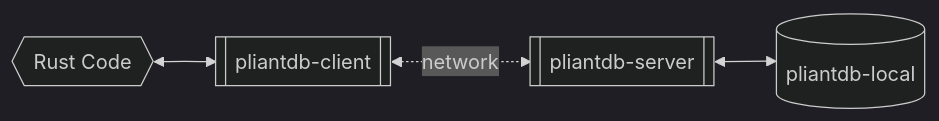
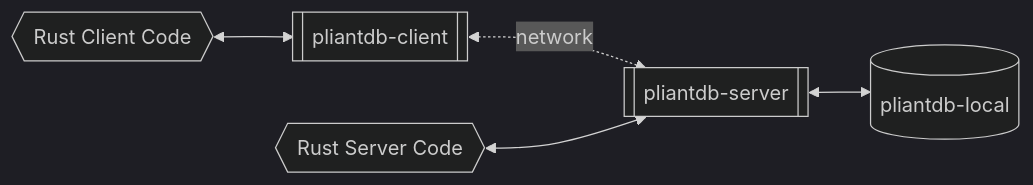
One commit to khonsulabs/bonsaidb changed the third of 5 diagrams in book/src/about/access_models.md. Above: the diagram before and after it, drawn with Mermaid (dark theme). The commit also changed other lines of this file and 28 other files, not shown here.

````diff
--- a/book/src/about/access_models.md
+++ b/book/src/about/access_models.md
@@ -33,10 +34,12 @@
 ```mermaid
 graph LR
-  code{{Rust Code}}
+  client-code{{Rust Client Code}}
+  server-code{{Rust Server Code}}
   client[[pliantdb-client]]
   server[[pliantdb-server]]
   local[(pliantdb-local)]
-  code <--> client
+  client-code <--> client
   client <-. network .-> server
   server <--> local
+  server-code <--> server
 ```
````
